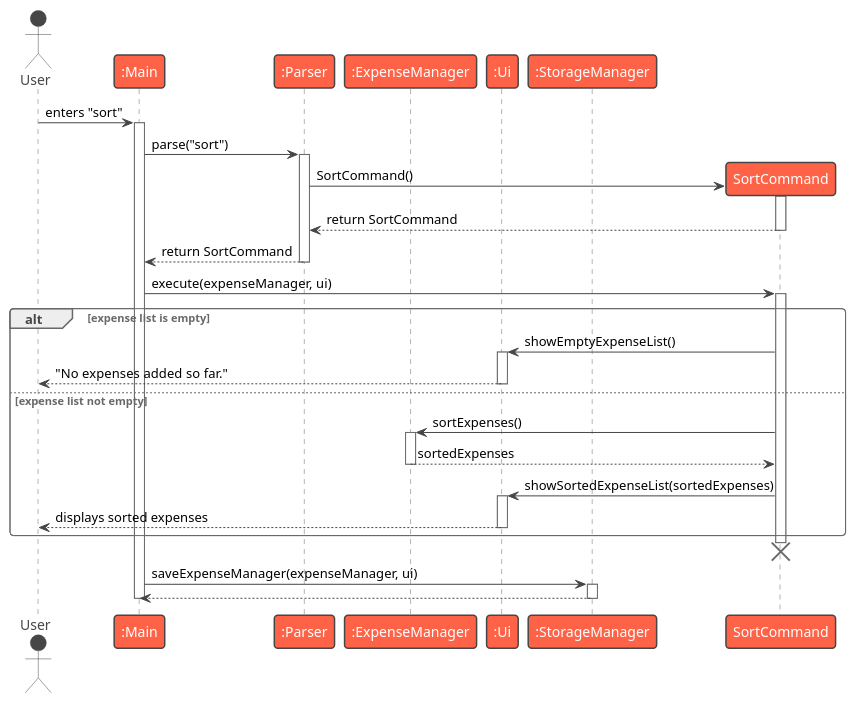
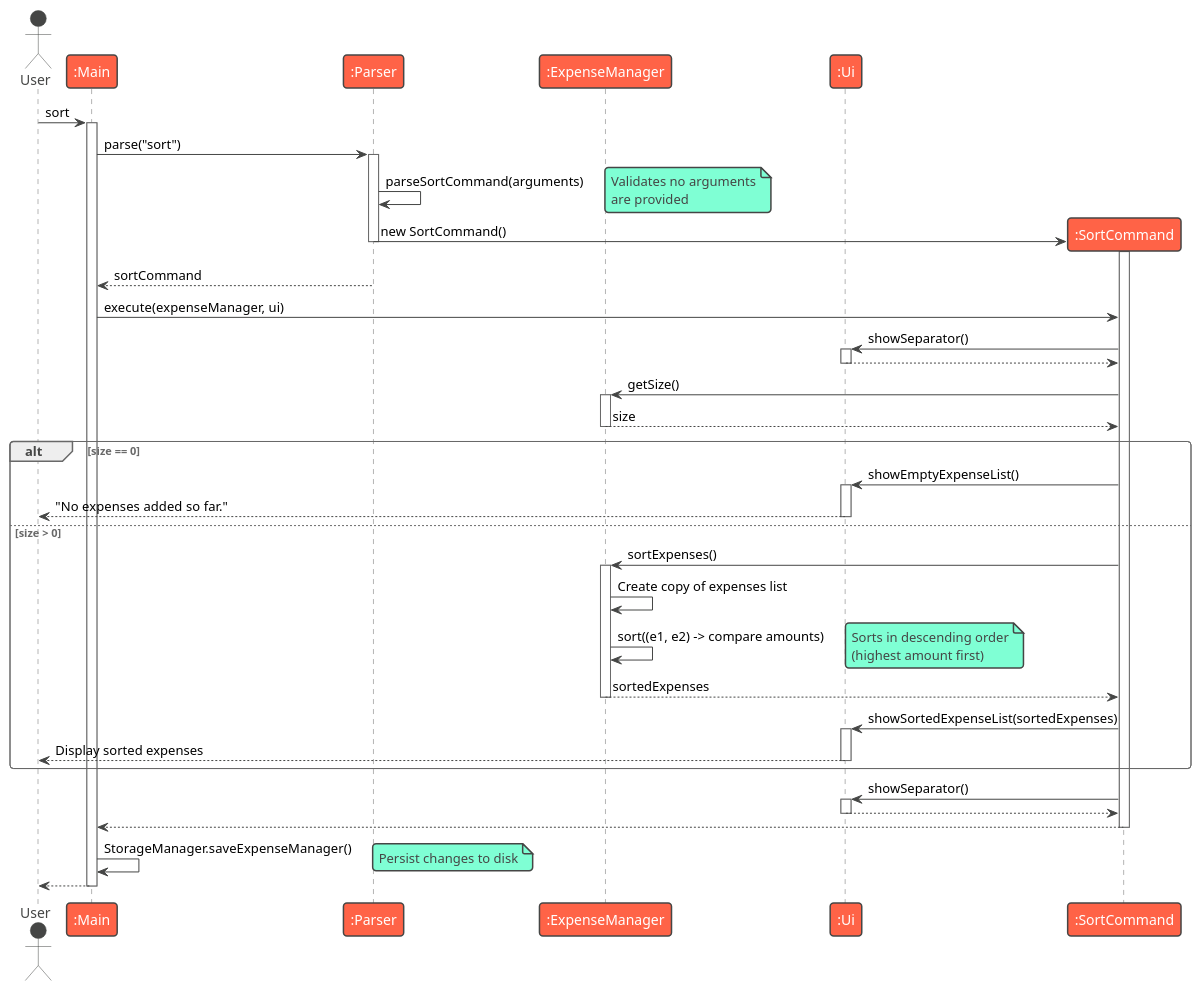
Before and after one commit to aydrienlaw/tp: the diagram in docs/diagrams/sort-sequence.puml, drawn with PlantUML. The commit also changed other lines of this file, not shown here.

Commit message:
docs: update sort sequence diagram with parseSortCommand

```diff
--- a/docs/diagrams/sort-sequence.puml
+++ b/docs/diagrams/sort-sequence.puml
@@ -32,56 +1,75 @@
 @startuml
+'@@author saheer17
 !theme vibrant
 actor User
 participant ":Main" as Main
 participant ":Parser" as Parser
 participant ":ExpenseManager" as ExpenseManager
 participant ":Ui" as Ui
-participant ":StorageManager" as StorageManager
 
-User -> Main : enters "sort"
+User -> Main: sort
 activate Main
 
-Main -> Parser : parse("sort")
+Main -> Parser: parse("sort")
 activate Parser
 
-' SortCommand appears only when instantiated
-create SortCommand
-Parser -> SortCommand : SortCommand()
+Parser -> Parser: parseSortCommand(arguments)
+note right: Validates no arguments\nare provided
+
+create participant ":SortCommand" as SortCommand
+Parser -> SortCommand: new SortCommand()
 activate SortCommand
-SortCommand --> Parser : return SortCommand
-deactivate SortCommand
-
-Parser --> Main : return SortCommand
 deactivate Parser
 
-Main -> SortCommand : execute(expenseManager, ui)
-activate SortCommand
+Parser --> Main: sortCommand
+deactivate Parser
 
-alt expense list is empty
-    SortCommand -> Ui : showEmptyExpenseList()
+Main -> SortCommand: execute(expenseManager, ui)
+
+SortCommand -> Ui: showSeparator()
+activate Ui
+Ui --> SortCommand
+deactivate Ui
+
+SortCommand -> ExpenseManager: getSize()
+activate ExpenseManager
+ExpenseManager --> SortCommand: size
+deactivate ExpenseManager
+
+alt size == 0
+    SortCommand -> Ui: showEmptyExpenseList()
     activate Ui
-    Ui --> User : "No expenses added so far."
+    Ui --> User: "No expenses added so far."
     deactivate Ui
-else expense list not empty
-    SortCommand -> ExpenseManager : sortExpenses()
+else size > 0
+    SortCommand -> ExpenseManager: sortExpenses()
     activate ExpenseManager
-    ExpenseManager --> SortCommand : sortedExpenses
+
+    ExpenseManager -> ExpenseManager: Create copy of expenses list
+    ExpenseManager -> ExpenseManager: sort((e1, e2) -> compare amounts)
+    note right: Sorts in descending order\n(highest amount first)
+
+    ExpenseManager --> SortCommand: sortedExpenses
     deactivate ExpenseManager
 
-    SortCommand -> Ui : showSortedExpenseList(sortedExpenses)
+    SortCommand -> Ui: showSortedExpenseList(sortedExpenses)
     activate Ui
-    Ui --> User : displays sorted expenses
+    Ui --> User: Display sorted expenses
     deactivate Ui
 end
 
+SortCommand -> Ui: showSeparator()
+activate Ui
+Ui --> SortCommand
+deactivate Ui
+
+SortCommand --> Main
 deactivate SortCommand
-destroy SortCommand
 
-' Data persistence
-Main -> StorageManager : saveExpenseManager(expenseManager, ui)
-activate StorageManager
-StorageManager --> Main :
-deactivate StorageManager
+Main -> Main: StorageManager.saveExpenseManager()
+note right: Persist changes to disk
 
+Main --> User
 deactivate Main
+
 @enduml
```
